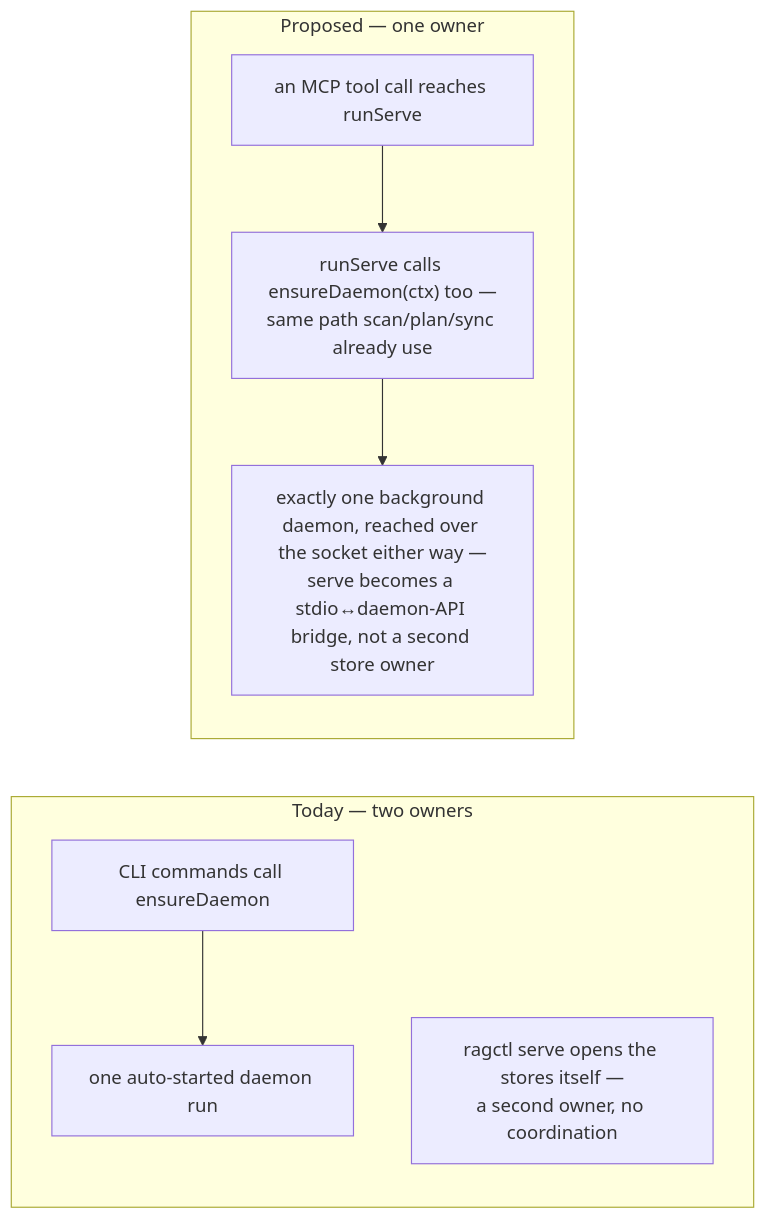
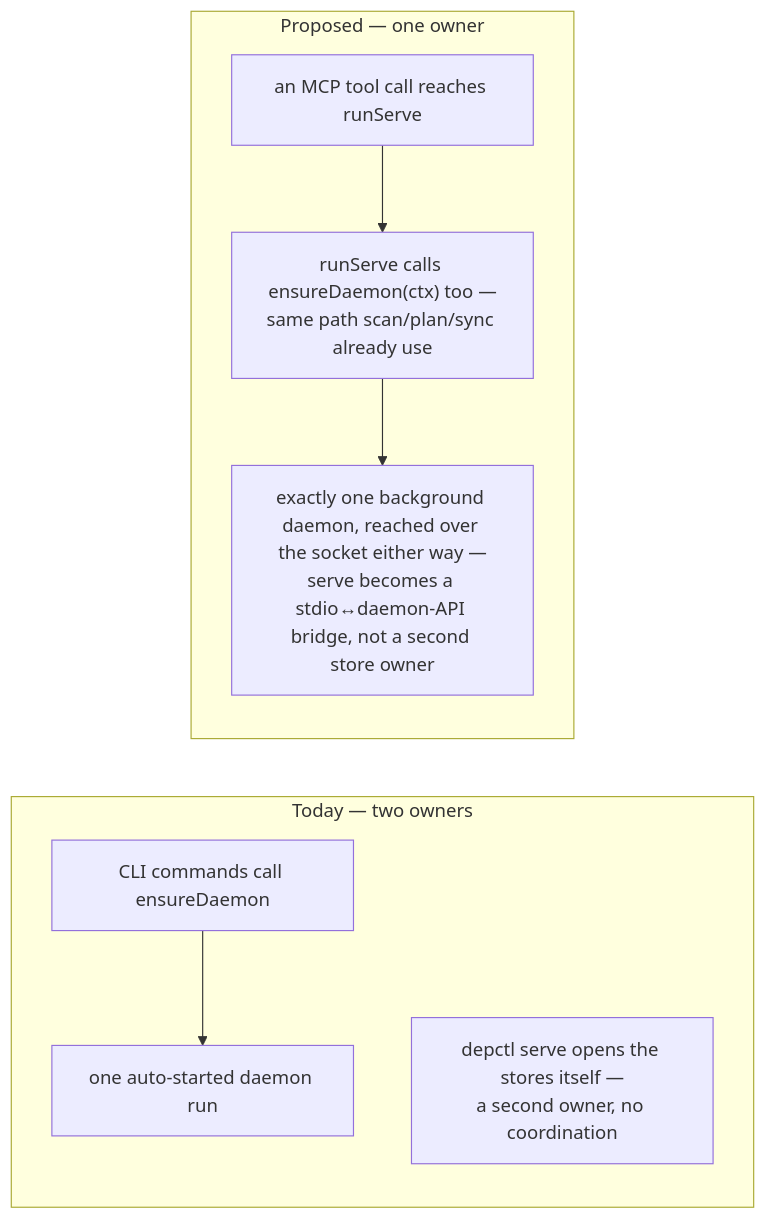
One commit to aleutian-ai/depctl changed the third of 3 diagrams in docs/scratch/daemon-mcp-topology.md. Above: the diagram before and after it, drawn with Mermaid. The commit also changed other lines of this file and 588 other files, not shown here.

Commit message:
Rename ragctl to depctl: binary, module github.com/aleutian-ai/depctl, paths, env vars, metrics, MCP name, docs

````diff
--- a/docs/scratch/daemon-mcp-topology.md
+++ b/docs/scratch/daemon-mcp-topology.md
@@ -63,12 +63,12 @@
 ```mermaid
 flowchart LR
     subgraph today["Today — two owners"]
         T1["CLI commands call ensureDaemon"] --> T2["one auto-started daemon run"]
-        T3["ragctl serve opens the stores itself —<br/>a second owner, no coordination"]
+        T3["depctl serve opens the stores itself —<br/>a second owner, no coordination"]
     end
 
     subgraph proposed["Proposed — one owner"]
         P1["an MCP tool call reaches runServe"] --> P2["runServe calls ensureDaemon(ctx) too —<br/>same path scan/plan/sync already use"]
         P2 --> P3["exactly one background daemon, reached over the socket either way —<br/>serve becomes a stdio↔daemon-API bridge, not a second store owner"]
     end
 ```
````
